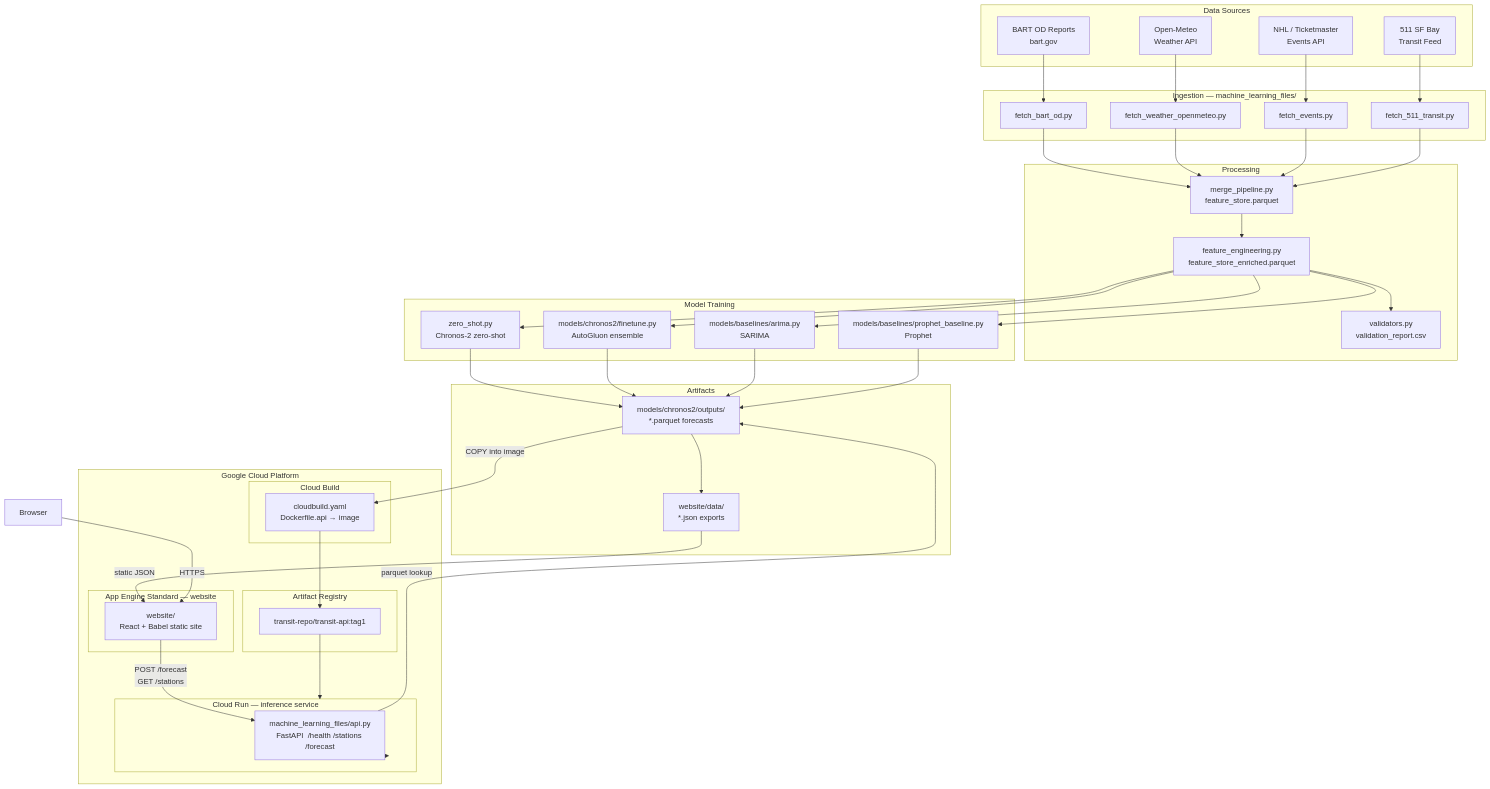
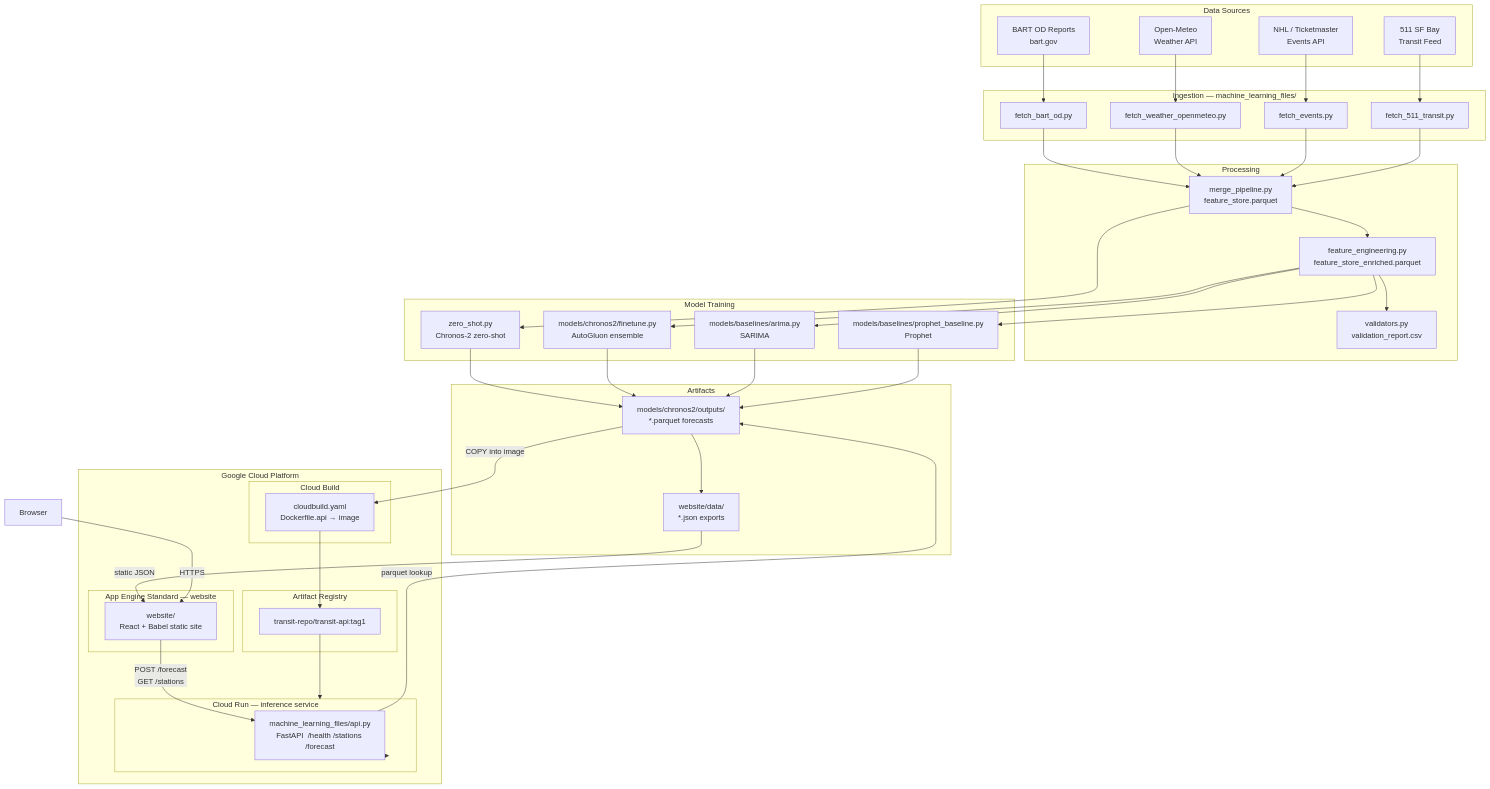
The diagram in docs/ARCHITECTURE.md (Dhruv-cs50/transit-demand-forecasting), drawn with Mermaid before and after one commit. The commit also changed other lines of this file and 7 other files, not shown here.

````diff
--- a/docs/ARCHITECTURE.md
+++ b/docs/ARCHITECTURE.md
@@ -5,73 +5,74 @@
 ```mermaid
 flowchart TD
     subgraph SRC["Data Sources"]
         S1[BART OD Reports\nbart.gov]
         S2[Open-Meteo\nWeather API]
         S3[NHL / Ticketmaster\nEvents API]
         S4[511 SF Bay\nTransit Feed]
     end
 
     subgraph ING["Ingestion — machine_learning_files/"]
         I1[fetch_bart_od.py]
         I2[fetch_weather_openmeteo.py]
         I3[fetch_events.py]
         I4[fetch_511_transit.py]
     end
 
     subgraph PROC["Processing"]
         P1[merge_pipeline.py\nfeature_store.parquet]
         P2[feature_engineering.py\nfeature_store_enriched.parquet]
         P3[validators.py\nvalidation_report.csv]
     end
 
     subgraph TRAIN["Model Training"]
         M1[zero_shot.py\nChronos-2 zero-shot]
         M2[models/chronos2/finetune.py\nAutoGluon ensemble]
         M3[models/baselines/arima.py\nSARIMA]
         M4[models/baselines/prophet_baseline.py\nProphet]
     end
 
     subgraph OUT["Artifacts"]
         O1[models/chronos2/outputs/\n*.parquet forecasts]
         O2[website/data/\n*.json exports]
     end
 
     subgraph CLOUD["Google Cloud Platform"]
         subgraph BUILD["Cloud Build"]
             CB[cloudbuild.yaml\nDockerfile.api → image]
         end
         subgraph AR["Artifact Registry"]
             AR1[transit-repo/transit-api:tag1]
         end
         subgraph CR["Cloud Run — inference service"]
             API[machine_learning_files/api.py\nFastAPI  /health /stations /forecast]
         end
         subgraph GAE["App Engine Standard — website"]
             WEB[website/\nReact + Babel static site]
         end
     end
 
     USER[Browser]
 
     S1 --> I1
     S2 --> I2
     S3 --> I3
     S4 --> I4
 
     I1 & I2 & I3 & I4 --> P1
     P1 --> P2
     P2 --> P3
-    P2 --> M1 & M2 & M3 & M4
+    P1 --> M1
+    P2 --> M2 & M3 & M4
     M1 & M2 & M3 & M4 --> O1
     O1 --> O2
 
     O2 -->|static JSON| WEB
     O1 -->|COPY into image| CB
     CB --> AR1
     AR1 --> CR
     CR --> API
 
     USER -->|HTTPS| WEB
     WEB -->|POST /forecast\nGET /stations| API
     API -->|parquet lookup| O1
 ```
````
